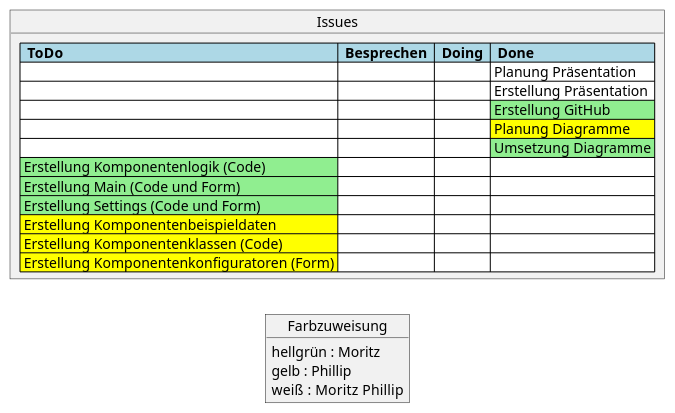
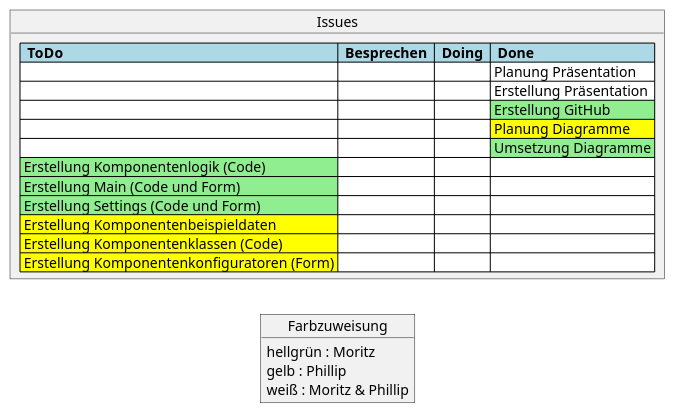
Before and after one commit to Helmoralh/PC_Konfigurierer: the diagram in docs/Issuetabelle.wsd, drawn with PlantUML. The commit also changed 2 other files, not shown here.

```diff
--- a/docs/Issuetabelle.wsd
+++ b/docs/Issuetabelle.wsd
@@ -1,25 +1,25 @@
 @startuml Issuetabelle
 left to right direction
 skinparam packagestyle table
 
 object Farbzuweisung {
     hellgrün : Moritz
     gelb : Phillip
-    weiß : Moritz  Phillip
+    weiß : Moritz & Phillip
 }
 
 object Issues {
     <#lightblue,#black>|=  ToDo  |=  Besprechen  |=  Doing  |=  Done  |
     <#white>|  |  |  | <#white> Planung Präsentation |  
     <#white>|  |  |  | <#white> Erstellung Präsentation |  
     <#white>|  |  |  | <#lightgreen> Erstellung GitHub |
     <#white>|  |  |  | <#yellow> Planung Diagramme |
     <#white>|  |  |  | <#lightgreen> Umsetzung Diagramme |
     <#white>| <#lightgreen> Erstellung Komponentenlogik (Code) |  |  |  |
     <#white>| <#lightgreen> Erstellung Main (Code und Form) |  |  |  
     <#white>| <#lightgreen> Erstellung Settings (Code und Form) |  |  | 
     <#white>| <#yellow> Erstellung Komponentenbeispieldaten |  |  |  
     <#white>| <#yellow> Erstellung Komponentenklassen (Code) | | | |
     <#white>| <#yellow> Erstellung Komponentenkonfiguratoren (Form) |  |  |  |
 }
 @enduml
```
